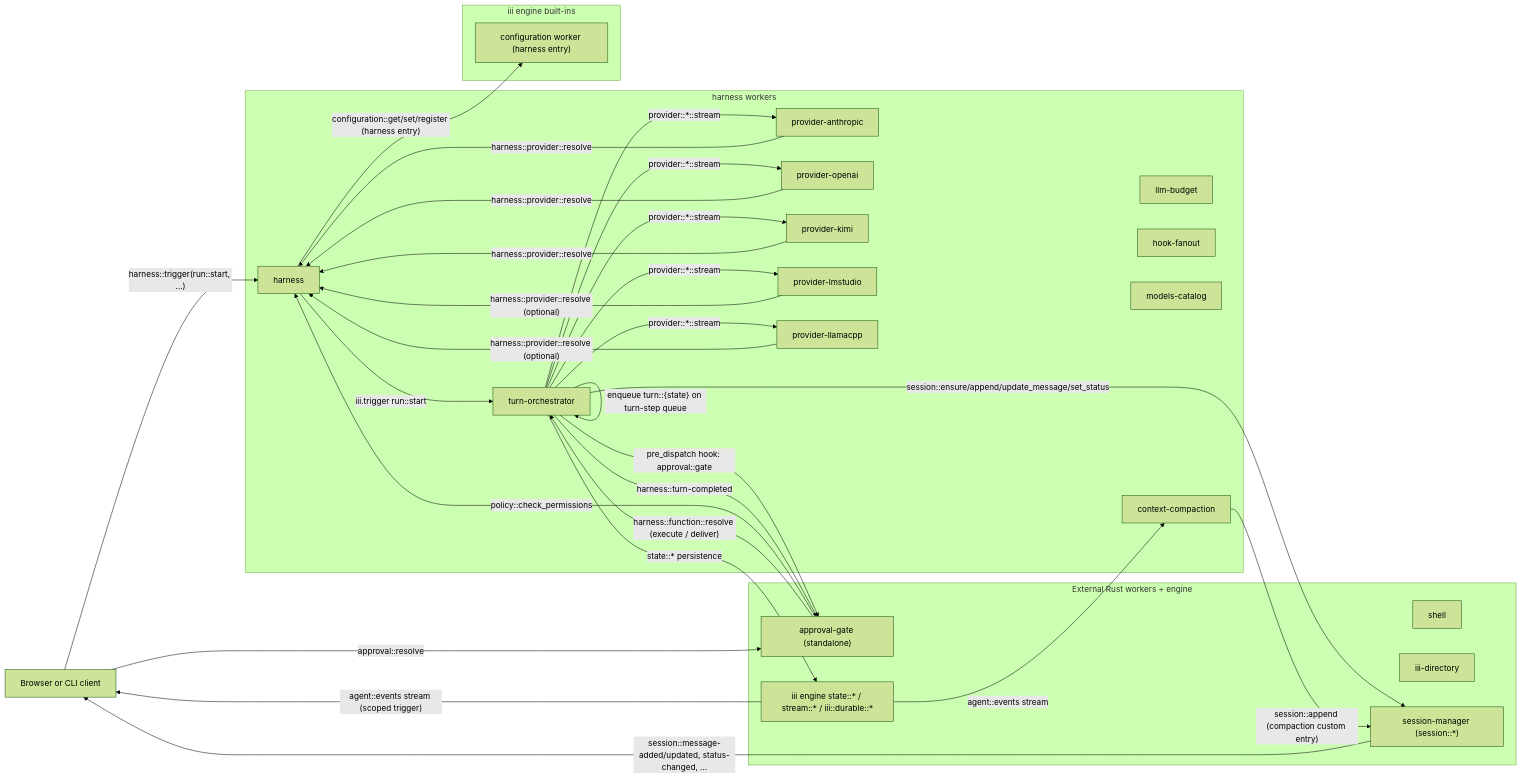
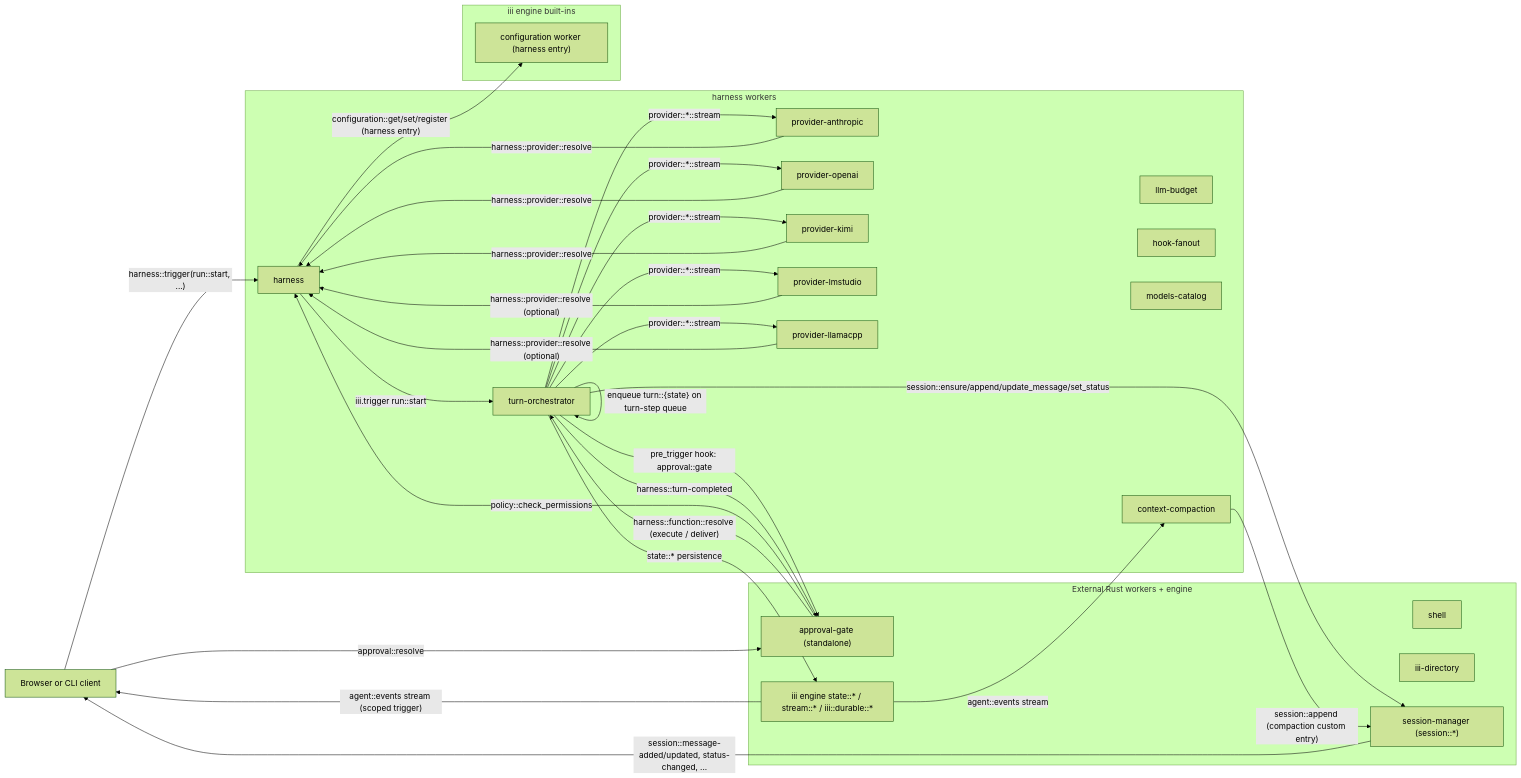
Before and after one commit to iii-hq/workers: the first of 5 diagrams in harness/docs/architecture.md, drawn with Mermaid (forest theme). The commit also changed other lines of this file and 33 other files, not shown here.

First line of the commit message:
refactor(harness): rename the dispatch concept to trigger for iii alignment

````diff
--- a/harness/docs/architecture.md
+++ b/harness/docs/architecture.md
@@ -46,60 +46,60 @@
 ```mermaid
 flowchart LR
   client[Browser or CLI client]
 
   subgraph harnessNode [harness workers]
     harness[harness]
     turnOrch[turn-orchestrator]
     budget[llm-budget]
     hook[hook-fanout]
     models[models-catalog]
     provAnth[provider-anthropic]
     provOAI[provider-openai]
     provKimi[provider-kimi]
     provLms[provider-lmstudio]
     provLlama[provider-llamacpp]
     compact[context-compaction]
   end
 
   subgraph builtins [iii engine built-ins]
     config["configuration worker (harness entry)"]
   end
 
   subgraph external [External Rust workers + engine]
     shell[shell]
     directory[iii-directory]
     approval["approval-gate (standalone)"]
     sessionMgr["session-manager (session::*)"]
     state["iii engine state::* / stream::* / iii::durable::*"]
   end
 
   client -- "harness::trigger(run::start, ...)" --> harness
   harness -- "iii.trigger run::start" --> turnOrch
 
   turnOrch -- "provider::*::stream" --> provAnth
   turnOrch -- "provider::*::stream" --> provOAI
   turnOrch -- "provider::*::stream" --> provKimi
   turnOrch -- "provider::*::stream" --> provLms
   turnOrch -- "provider::*::stream" --> provLlama
-  turnOrch -- "pre_dispatch hook: approval::gate" --> approval
+  turnOrch -- "pre_trigger hook: approval::gate" --> approval
   approval -- "policy::check_permissions" --> harness
   turnOrch -- "session::ensure/append/update_message/set_status" --> sessionMgr
   turnOrch -- "state::* persistence" --> state
 
   client -- "approval::resolve" --> approval
   approval -- "harness::function::resolve (execute / deliver)" --> turnOrch
   turnOrch -- "harness::turn-completed" --> approval
   turnOrch -- "enqueue turn::{state} on turn-step queue" --> turnOrch
 
   provAnth -- "harness::provider::resolve" --> harness
   provOAI -- "harness::provider::resolve" --> harness
   provKimi -- "harness::provider::resolve" --> harness
   provLms -- "harness::provider::resolve (optional)" --> harness
   provLlama -- "harness::provider::resolve (optional)" --> harness
   harness -- "configuration::get/set/register (harness entry)" --> config
 
   state -- "agent::events stream (scoped trigger)" --> client
   state -- "agent::events stream" --> compact
   compact -- "session::append (compaction custom entry)" --> sessionMgr
   sessionMgr -- "session::message-added/updated, status-changed, ..." --> client
 ```
````
